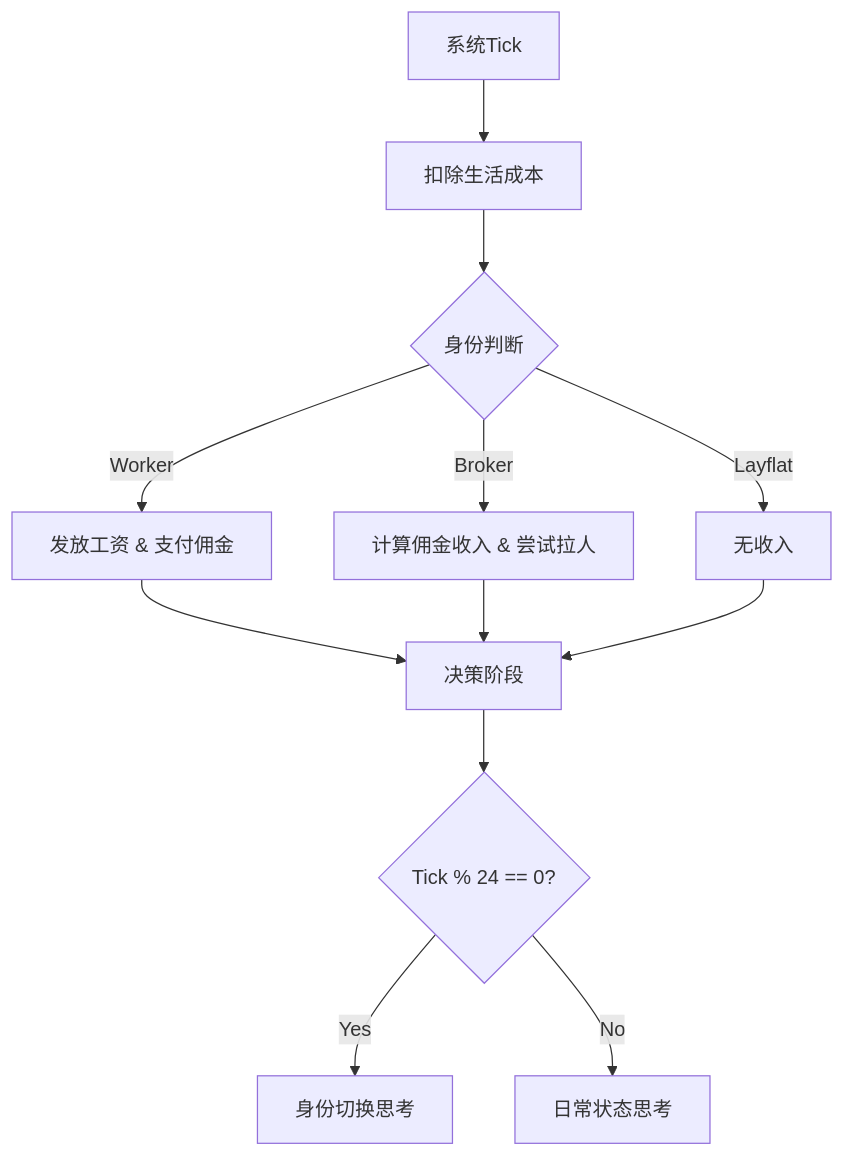
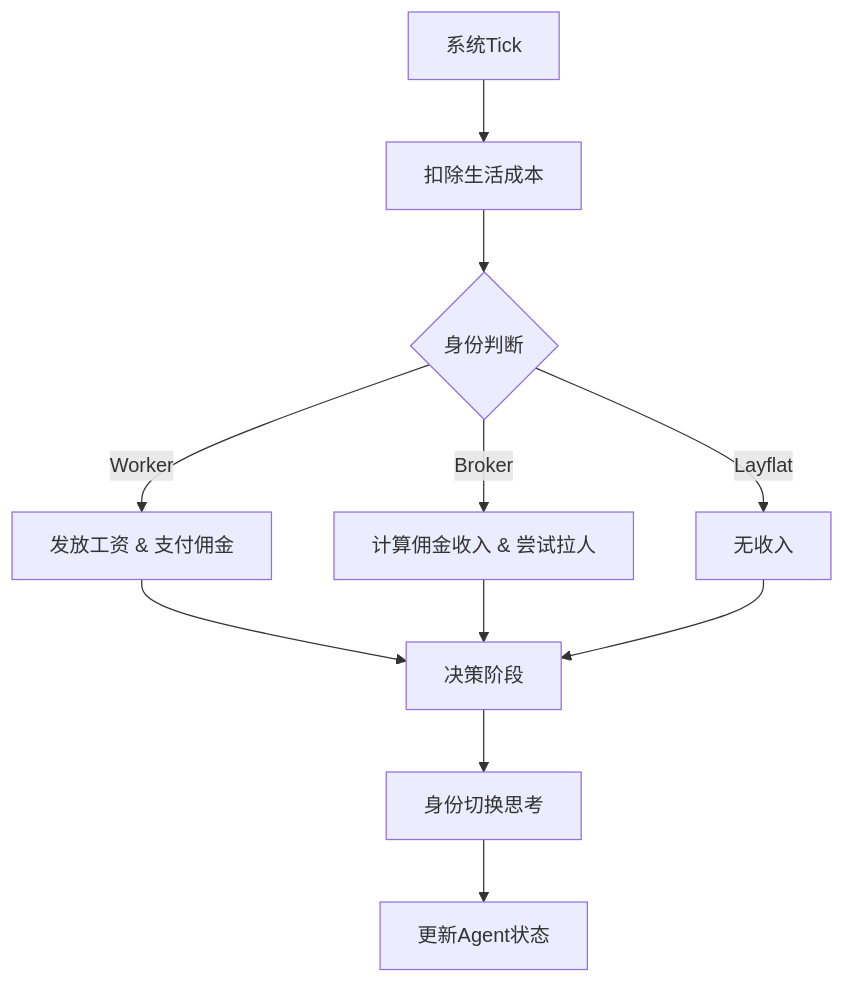
The diagram in .trae/documents/secondme-a2a-simulation-prd.md (Terencesun/hackathon-202602), drawn with Mermaid before and after one commit. The commit also changed other lines of this file and 9 other files, not shown here.

````diff
--- a/.trae/documents/secondme-a2a-simulation-prd.md
+++ b/.trae/documents/secondme-a2a-simulation-prd.md
@@ -52,14 +51,13 @@
 ```mermaid
 graph TD
     A[系统Tick] --> B[扣除生活成本]
     B --> C{身份判断}
     C -->|Worker| D[发放工资 & 支付佣金]
     C -->|Broker| E[计算佣金收入 & 尝试拉人]
     C -->|Layflat| F[无收入]
     D --> G[决策阶段]
     E --> G
     F --> G
-    G --> H{Tick % 24 == 0?}
-    H -->|Yes| I[身份切换思考]
-    H -->|No| J[日常状态思考]
+    G --> H[身份切换思考]
+    H --> I[更新Agent状态]
 ```
````
